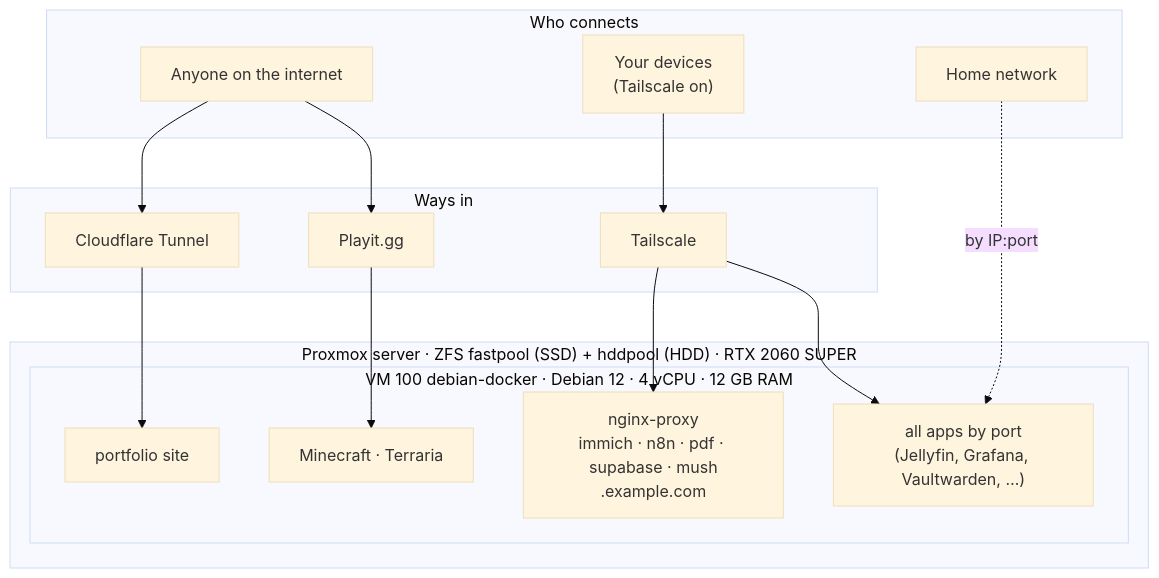
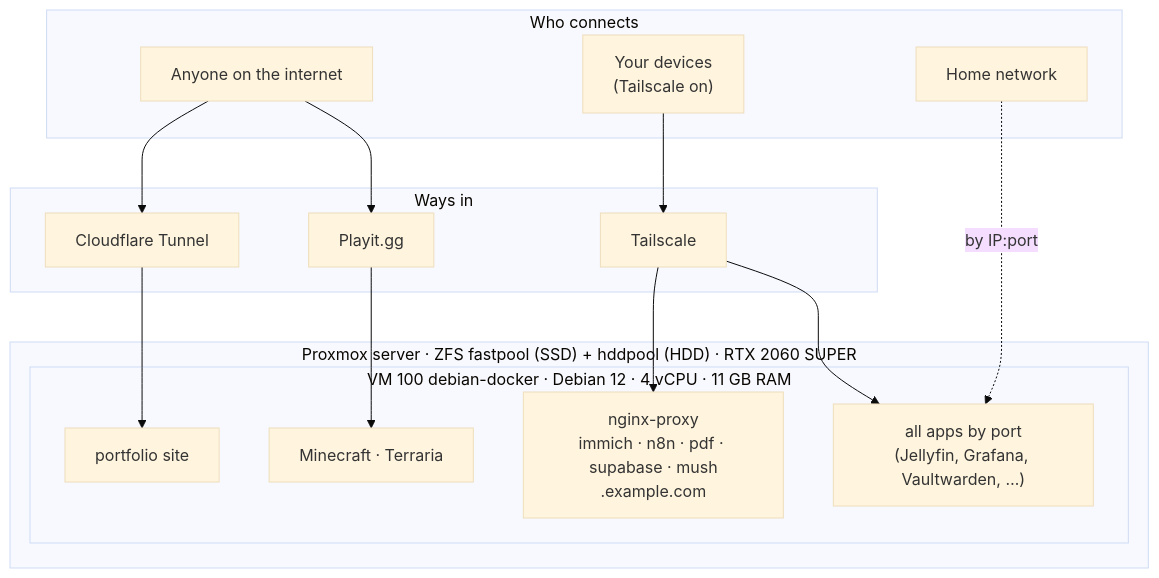
One commit to BigBoiToasty/homelab-docs changed the diagram in README.md. Above: the diagram before and after it, drawn with Mermaid (base theme). The commit also changed other lines of this file and 6 other files, not shown here.

````diff
--- a/README.md
+++ b/README.md
@@ -36,29 +36,29 @@
 ```mermaid
 flowchart TB
     subgraph NET["Who connects"]
         PUB["Anyone on the internet"]
         ME["Your devices<br/>(Tailscale on)"]
         LAN["Home network"]
     end
 
     subgraph EDGE["Ways in"]
         CF["Cloudflare Tunnel"]
         PLAY["Playit.gg"]
         TS["Tailscale"]
     end
 
     subgraph PVE["Proxmox server · ZFS fastpool (SSD) + hddpool (HDD) · RTX 2060 SUPER"]
-        subgraph VM["VM 100 debian-docker · Debian 12 · 4 vCPU · 12 GB RAM"]
+        subgraph VM["VM 100 debian-docker · Debian 12 · 4 vCPU · 11 GB RAM"]
             NGINX["nginx-proxy<br/>immich · n8n · pdf · supabase · mush<br/>.example.com"]
             PORT["portfolio site"]
             GAMES["Minecraft · Terraria"]
             APPS["all apps by port<br/>(Jellyfin, Grafana, Vaultwarden, …)"]
         end
     end
 
     PUB --> CF --> PORT
     PUB --> PLAY --> GAMES
     ME --> TS --> NGINX
     TS --> APPS
     LAN -. "by IP:port" .-> APPS
 ```
````
